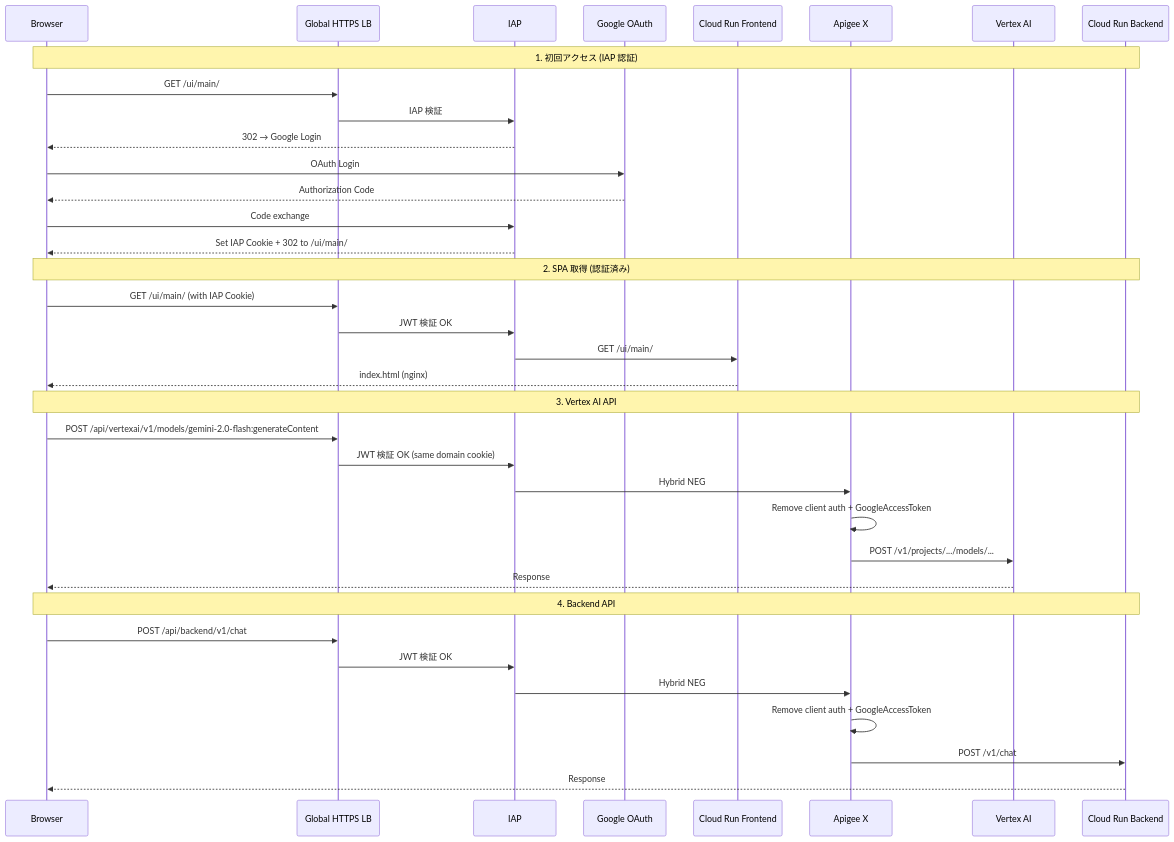
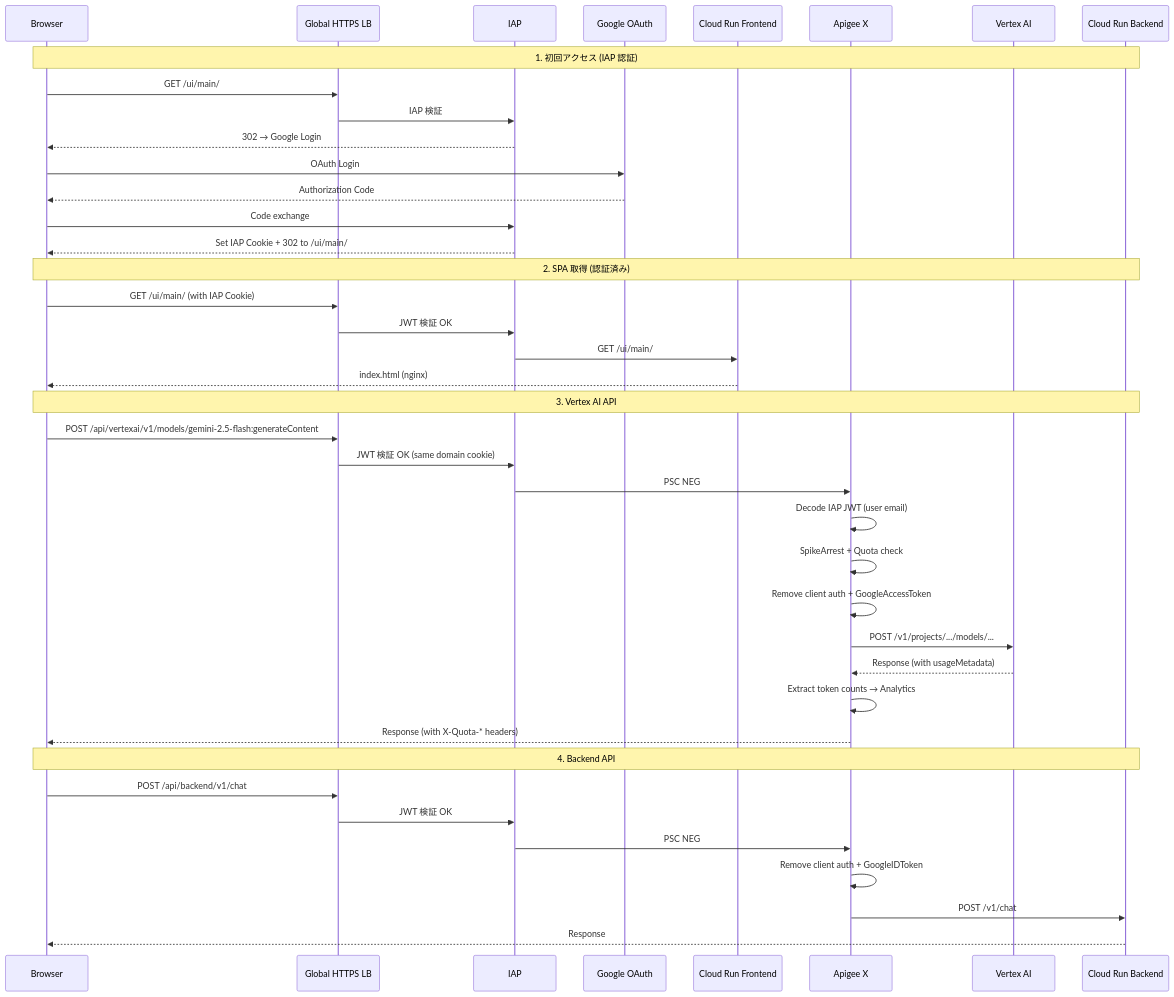
The second of 4 diagrams in README.md (linzhengen/apigee-labs), drawn with Mermaid before and after one commit. The commit also changed other lines of this file and 1 other file, not shown here.

Commit message:
chore(doc): update architecture

````diff
--- a/README.md
+++ b/README.md
@@ -105,42 +110,46 @@
 ```mermaid
 sequenceDiagram
   participant B as Browser
   participant LB as Global HTTPS LB
   participant IAP as IAP
   participant G as Google OAuth
   participant FE as Cloud Run Frontend
   participant AG as Apigee X
   participant VAI as Vertex AI
   participant BE as Cloud Run Backend
 
   Note over B,BE: 1. 初回アクセス (IAP 認証)
   B->>LB: GET /ui/main/
   LB->>IAP: IAP 検証
   IAP-->>B: 302 → Google Login
   B->>G: OAuth Login
   G-->>B: Authorization Code
   B->>IAP: Code exchange
   IAP-->>B: Set IAP Cookie + 302 to /ui/main/
 
   Note over B,BE: 2. SPA 取得 (認証済み)
   B->>LB: GET /ui/main/ (with IAP Cookie)
   LB->>IAP: JWT 検証 OK
   IAP->>FE: GET /ui/main/
   FE-->>B: index.html (nginx)
 
   Note over B,BE: 3. Vertex AI API
-  B->>LB: POST /api/vertexai/v1/models/gemini-2.0-flash:generateContent
+  B->>LB: POST /api/vertexai/v1/models/gemini-2.5-flash:generateContent
   LB->>IAP: JWT 検証 OK (same domain cookie)
-  IAP->>AG: Hybrid NEG
+  IAP->>AG: PSC NEG
+  AG->>AG: Decode IAP JWT (user email)
+  AG->>AG: SpikeArrest + Quota check
   AG->>AG: Remove client auth + GoogleAccessToken
   AG->>VAI: POST /v1/projects/.../models/...
-  VAI-->>B: Response
+  VAI-->>AG: Response (with usageMetadata)
+  AG->>AG: Extract token counts → Analytics
+  AG-->>B: Response (with X-Quota-* headers)
 
   Note over B,BE: 4. Backend API
   B->>LB: POST /api/backend/v1/chat
   LB->>IAP: JWT 検証 OK
-  IAP->>AG: Hybrid NEG
-  AG->>AG: Remove client auth + GoogleAccessToken
+  IAP->>AG: PSC NEG
+  AG->>AG: Remove client auth + GoogleIDToken
   AG->>BE: POST /v1/chat
   BE-->>B: Response
 ```
````
